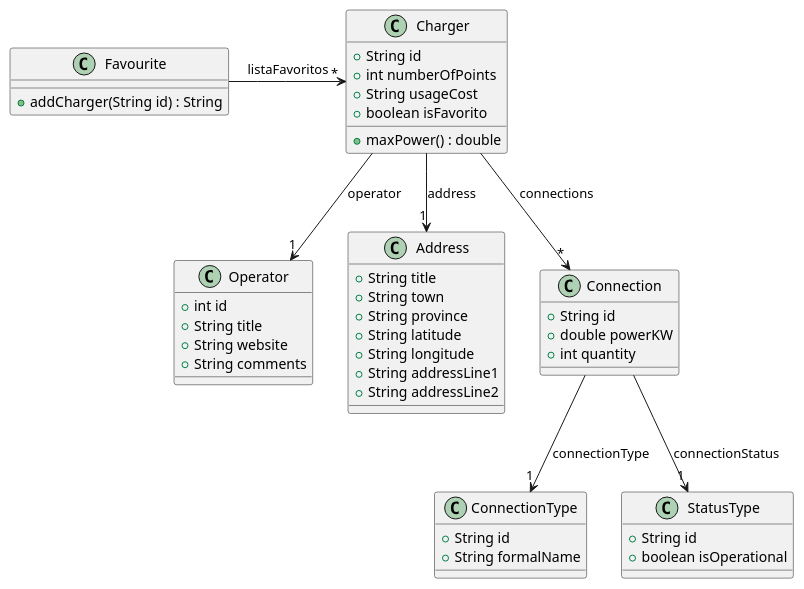
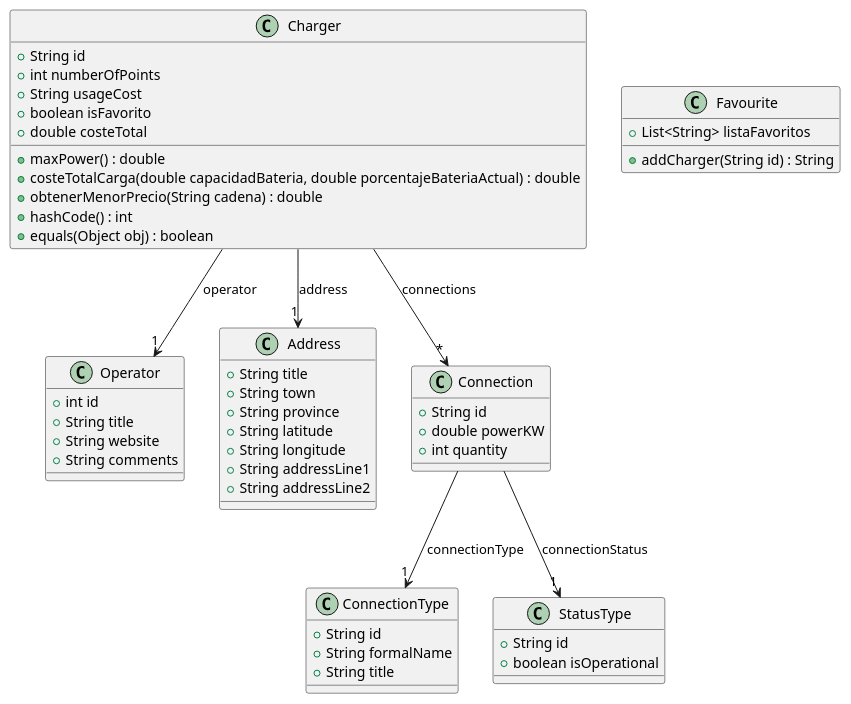
One commit to isunican/App-CarChargers-Grupo2 changed the diagram in Docs/Models/dominio.puml. Above: the diagram before and after it, drawn with PlantUML.

```diff
--- a/Docs/Models/dominio.puml
+++ b/Docs/Models/dominio.puml
@@ -1,57 +1,62 @@
 @startuml dominio
 
 class Charger {
     + String id
     + int numberOfPoints
     + String usageCost
     + boolean isFavorito
+    + double costeTotal
     + maxPower() : double
+    + costeTotalCarga(double capacidadBateria, double porcentajeBateriaActual) : double
+    + obtenerMenorPrecio(String cadena) : double
+    + hashCode() : int
+    + equals(Object obj) : boolean
 }
 
 class Operator {
     + int id
     + String title
     + String website
     + String comments
 }
 
 class Address {
     + String title
     + String town
     + String province
     + String latitude
     + String longitude
     + String addressLine1
     + String addressLine2
 }
 
 class Favourite {
+    + List<String> listaFavoritos
     + addCharger(String id) : String
 }
 
 class Connection {
     + String id
     + double powerKW
     + int quantity
 }
 
 class ConnectionType {
     + String id
     + String formalName
+    + String title
 }
 
 class StatusType {
     + String id
     + boolean isOperational
 }
 
 Charger -down-> "1" Address : address
 Charger -down-> "1" Operator : operator
 Charger -down-> "*" Connection : connections
 
-Favourite -right-> "*" Charger: listaFavoritos
-
 Connection -down-> "1" ConnectionType : connectionType
 Connection -down-> "1" StatusType : connectionStatus
 
 @enduml
```
